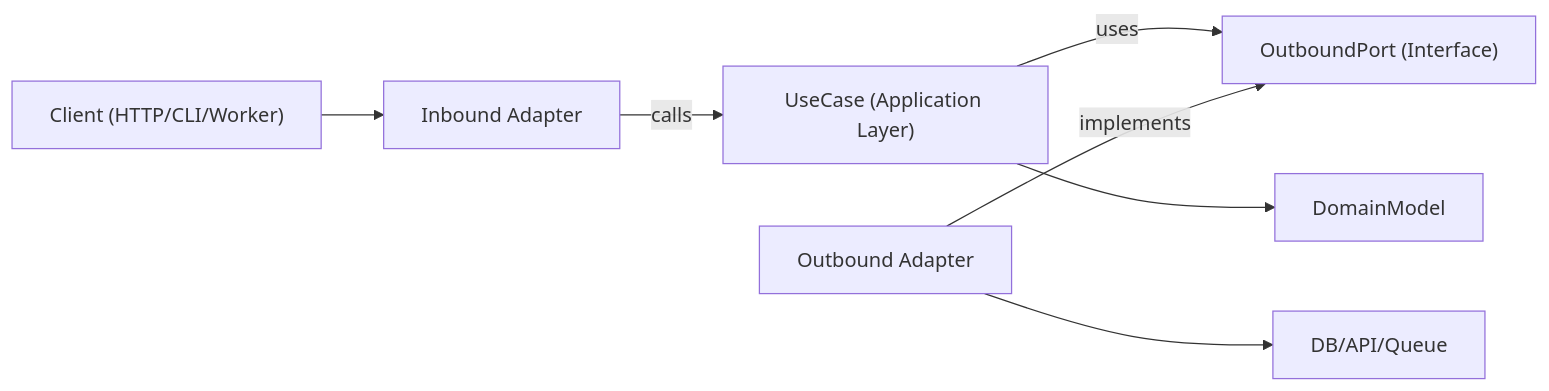
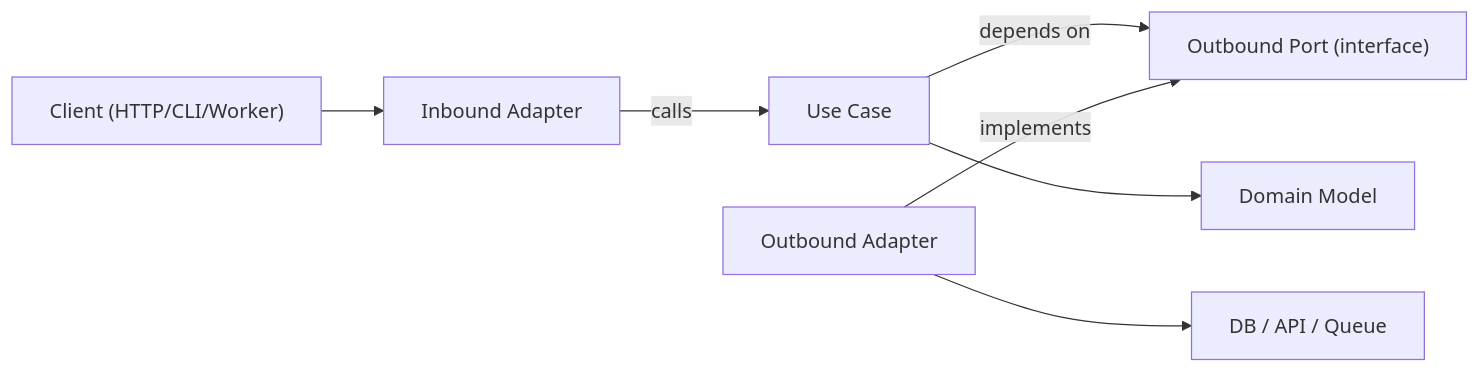
One commit to matiaspakua/notaire changed the diagram in .claude/skills/hexagonal-arch/SKILL.md. Above: the diagram before and after it, drawn with Mermaid. The commit also changed other lines of this file and 199 other files, not shown here.

````diff
--- a/.claude/skills/hexagonal-arch/SKILL.md
+++ b/.claude/skills/hexagonal-arch/SKILL.md
@@ -78,9 +96,9 @@
 ```mermaid
 flowchart LR
-  Client["Client (HTTP/CLI/Worker)"] --> InboundAdapter["Inbound Adapter"]
-  InboundAdapter -->|"calls"| UseCase["UseCase (Application Layer)"]
-  UseCase -->|"uses"| OutboundPort["OutboundPort (Interface)"]
-  OutboundAdapter["Outbound Adapter"] -->|"implements"| OutboundPort
-  OutboundAdapter --> ExternalSystem["DB/API/Queue"]
-  UseCase --> DomainModel["DomainModel"]
+    Client["Client (HTTP/CLI/Worker)"] --> InboundAdapter["Inbound Adapter"]
+    InboundAdapter -->|calls| UseCase["Use Case"]
+    UseCase -->|depends on| OutboundPort["Outbound Port (interface)"]
+    OutboundAdapter["Outbound Adapter"] -->|implements| OutboundPort
+    OutboundAdapter --> ExternalSystem["DB / API / Queue"]
+    UseCase --> DomainModel["Domain Model"]
 ```
````
